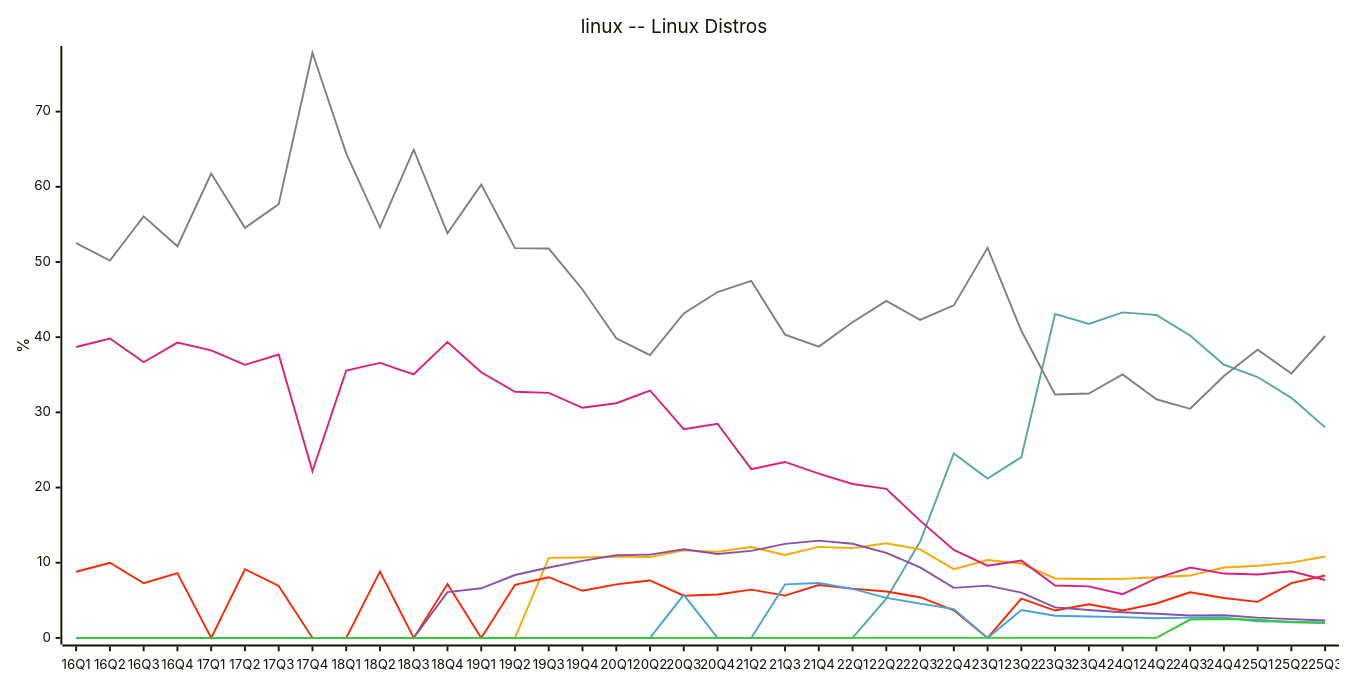
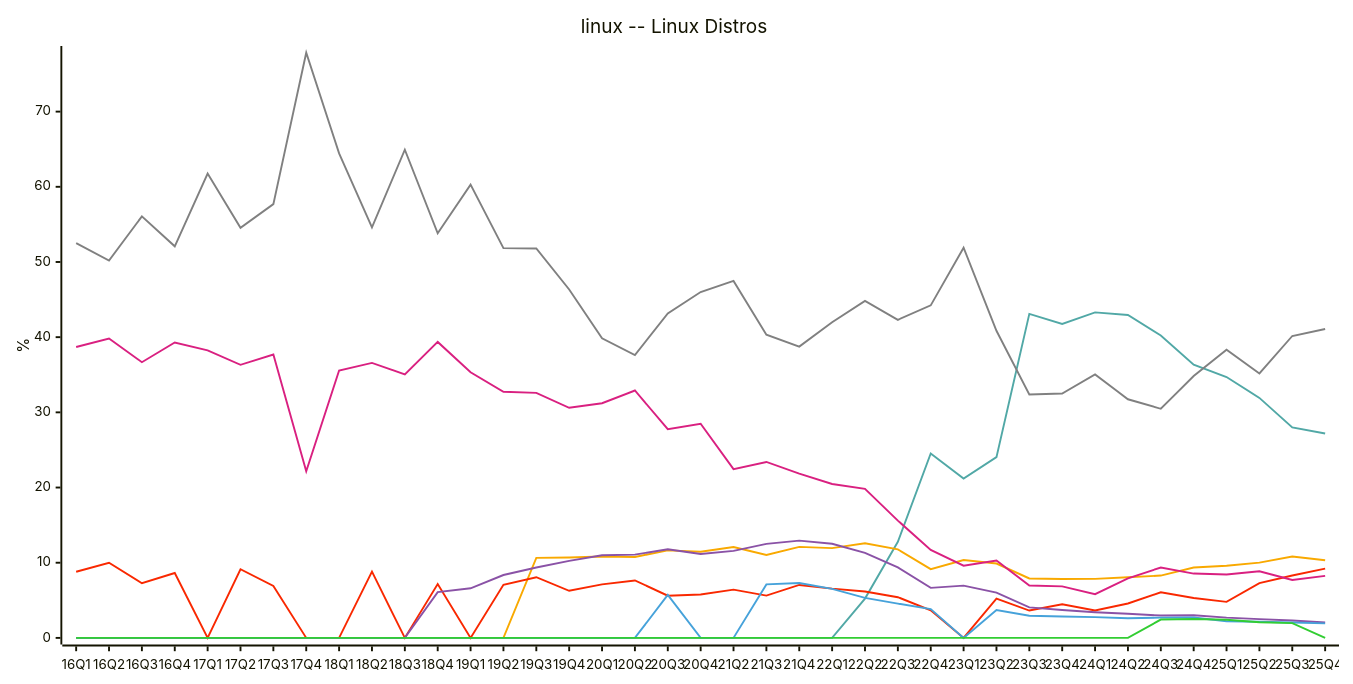
Before and after one commit to jdegene/steamHWsurvey: diagram 13 of 23 in README.md, drawn with Mermaid. The commit also changed other lines of this file and 2 other files, not shown here.

````diff
--- a/README.md
+++ b/README.md
@@ -421,26 +421,26 @@
 ```mermaid
 ---
 config:
     xyChart:
         width: 1400
         height: 700
         
     themeVariables:
         xyChart:
             plotColorPalette: "#51a8a6,#f9a900,#f92800,#d92080,#8a52a6,#46a2da,#32CD32,#808080"
 
 --- 
 
 xychart-beta
     title "linux -- Linux Distros"
-    x-axis [16Q1, 16Q2, 16Q3, 16Q4, 17Q1, 17Q2, 17Q3, 17Q4, 18Q1, 18Q2, 18Q3, 18Q4, 19Q1, 19Q2, 19Q3, 19Q4, 20Q1, 20Q2, 20Q3, 20Q4, 21Q2, 21Q3, 21Q4, 22Q1, 22Q2, 22Q3, 22Q4, 23Q1, 23Q2, 23Q3, 23Q4, 24Q1, 24Q2, 24Q3, 24Q4, 25Q1, 25Q2, 25Q3]
+    x-axis [16Q1, 16Q2, 16Q3, 16Q4, 17Q1, 17Q2, 17Q3, 17Q4, 18Q1, 18Q2, 18Q3, 18Q4, 19Q1, 19Q2, 19Q3, 19Q4, 20Q1, 20Q2, 20Q3, 20Q4, 21Q2, 21Q3, 21Q4, 22Q1, 22Q2, 22Q3, 22Q4, 23Q1, 23Q2, 23Q3, 23Q4, 24Q1, 24Q2, 24Q3, 24Q4, 25Q1, 25Q2, 25Q3, 25Q4]
     y-axis "%" 
-    line [0, 0, 0, 0, 0, 0, 0, 0, 0, 0, 0, 0, 0, 0, 0, 0, 0, 0, 0, 0, 0, 0, 0, 0, 5.2299999999999995, 12.776666666666667, 24.525, 21.2, 24.044999999999998, 43.096666666666664, 41.76, 43.29666666666667, 42.946666666666665, 40.216666666666676, 36.336666666666666, 34.69333333333333, 31.923333333333332, 28.000000000000004]
-    line [0, 0, 0, 0, 0, 0, 0, 0, 0, 0, 0, 0, 0, 0, 10.65, 10.703333333333333, 10.835, 10.756666666666666, 11.645, 11.46, 12.079999999999998, 11.023333333333333, 12.11, 11.940000000000001, 12.585, 11.776666666666667, 9.14, 10.36, 9.89, 7.903333333333333, 7.830000000000001, 7.856666666666667, 8.073333333333334, 8.29, 9.36, 9.596666666666666, 10.010000000000002, 10.83]
-    line [8.799999999999999, 10.0, 7.2666666666666675, 8.63, 0, 9.133333333333333, 6.909999999999999, 0, 0, 8.806666666666667, 0, 7.17, 0, 7.063333333333334, 8.07, 6.2700000000000005, 7.124999999999999, 7.6433333333333335, 5.609999999999999, 5.779999999999999, 6.420000000000001, 5.62, 7.04, 6.550000000000001, 6.165, 5.415, 3.6700000000000004, 0, 5.215, 3.6399999999999997, 4.475, 3.6533333333333333, 4.573333333333332, 6.073333333333333, 5.3, 4.796666666666667, 7.286666666666668, 8.293333333333335]
-    line [38.695, 39.82, 36.669999999999995, 39.28333333333334, 38.24, 36.31999999999999, 37.696666666666665, 22.163333333333334, 35.56666666666666, 36.57666666666666, 35.06, 39.36666666666667, 35.32666666666667, 32.733333333333334, 32.59666666666667, 30.606666666666666, 31.210000000000004, 32.906666666666666, 27.755000000000003, 28.485, 22.45, 23.4, 21.84, 20.47, 19.835, 15.6, 11.695, 9.610000000000001, 10.280000000000001, 6.959999999999999, 6.855, 5.8100000000000005, 7.923333333333334, 9.363333333333335, 8.556666666666667, 8.436666666666666, 8.866666666666667, 7.706666666666667]
-    line [0, 0, 0, 0, 0, 0, 0, 0, 0, 0, 0, 6.09, 6.595000000000001, 8.363333333333333, 9.370000000000001, 10.25, 10.985, 11.080000000000002, 11.795, 11.165, 11.58, 12.503333333333334, 12.94, 12.520000000000001, 11.32, 9.376666666666667, 6.659999999999999, 6.950000000000001, 6.0200000000000005, 4.0633333333333335, 3.7150000000000003, 3.416666666666667, 3.2133333333333334, 2.9733333333333336, 3.0166666666666666, 2.6950000000000003, 2.5, 2.31]
-    line [0, 0, 0, 0, 0, 0, 0, 0, 0, 0, 0, 0, 0, 0, 0, 0, 0, 0, 5.72, 0, 0, 7.116666666666667, 7.31, 6.52, 5.319999999999999, 4.556666666666667, 3.83, 0, 3.695, 2.9499999999999997, 2.855, 2.76, 2.61, 2.6950000000000003, 2.7066666666666666, 2.21, 2.1533333333333333, 2.0500000000000003]
-    line [0, 0, 0, 0, 0, 0, 0, 0, 0, 0, 0, 0, 0, 0, 0, 0, 0, 0, 0, 0, 0, 0, 0, 0, 0, 0, 0, 0, 0, 0, 0, 0, 0, 2.44, 2.52, 2.41, 2.08, 1.96]
-    line [52.505, 50.18, 56.06666666666666, 52.083333333333336, 61.760000000000005, 54.55, 57.699999999999996, 77.83666666666666, 64.44333333333333, 54.61666666666667, 64.93666666666667, 53.81999999999999, 60.28333333333333, 51.84000000000001, 51.790000000000006, 46.34666666666667, 39.839999999999996, 37.61666666666667, 43.145, 46.005, 47.48, 40.336666666666666, 38.75, 41.99, 44.82, 42.30666666666667, 44.23, 51.89, 40.849999999999994, 32.37, 32.51, 35.04666666666667, 31.739999999999995, 30.473333333333336, 34.83, 38.33333333333333, 35.17333333333334, 40.156666666666666]
+    line [0, 0, 0, 0, 0, 0, 0, 0, 0, 0, 0, 0, 0, 0, 0, 0, 0, 0, 0, 0, 0, 0, 0, 0, 5.2299999999999995, 12.776666666666667, 24.525, 21.2, 24.044999999999998, 43.096666666666664, 41.76, 43.29666666666667, 42.946666666666665, 40.216666666666676, 36.336666666666666, 34.69333333333333, 31.923333333333332, 28.000000000000004, 27.18]
+    line [0, 0, 0, 0, 0, 0, 0, 0, 0, 0, 0, 0, 0, 0, 10.65, 10.703333333333333, 10.835, 10.756666666666666, 11.645, 11.46, 12.079999999999998, 11.023333333333333, 12.11, 11.940000000000001, 12.585, 11.776666666666667, 9.14, 10.36, 9.89, 7.903333333333333, 7.830000000000001, 7.856666666666667, 8.073333333333334, 8.29, 9.36, 9.596666666666666, 10.010000000000002, 10.83, 10.32]
+    line [8.799999999999999, 10.0, 7.2666666666666675, 8.63, 0, 9.133333333333333, 6.909999999999999, 0, 0, 8.806666666666667, 0, 7.17, 0, 7.063333333333334, 8.07, 6.2700000000000005, 7.124999999999999, 7.6433333333333335, 5.609999999999999, 5.779999999999999, 6.420000000000001, 5.62, 7.04, 6.550000000000001, 6.165, 5.415, 3.6700000000000004, 0, 5.215, 3.6399999999999997, 4.475, 3.6533333333333333, 4.573333333333332, 6.073333333333333, 5.3, 4.796666666666667, 7.286666666666668, 8.293333333333335, 9.21]
+    line [38.695, 39.82, 36.669999999999995, 39.28333333333334, 38.24, 36.31999999999999, 37.696666666666665, 22.163333333333334, 35.56666666666666, 36.57666666666666, 35.06, 39.36666666666667, 35.32666666666667, 32.733333333333334, 32.59666666666667, 30.606666666666666, 31.210000000000004, 32.906666666666666, 27.755000000000003, 28.485, 22.45, 23.4, 21.84, 20.47, 19.835, 15.6, 11.695, 9.610000000000001, 10.280000000000001, 6.959999999999999, 6.855, 5.8100000000000005, 7.923333333333334, 9.363333333333335, 8.556666666666667, 8.436666666666666, 8.866666666666667, 7.706666666666667, 8.249999999999998]
+    line [0, 0, 0, 0, 0, 0, 0, 0, 0, 0, 0, 6.09, 6.595000000000001, 8.363333333333333, 9.370000000000001, 10.25, 10.985, 11.080000000000002, 11.795, 11.165, 11.58, 12.503333333333334, 12.94, 12.520000000000001, 11.32, 9.376666666666667, 6.659999999999999, 6.950000000000001, 6.0200000000000005, 4.0633333333333335, 3.7150000000000003, 3.416666666666667, 3.2133333333333334, 2.9733333333333336, 3.0166666666666666, 2.6950000000000003, 2.5, 2.31, 2.04]
+    line [0, 0, 0, 0, 0, 0, 0, 0, 0, 0, 0, 0, 0, 0, 0, 0, 0, 0, 5.72, 0, 0, 7.116666666666667, 7.31, 6.52, 5.319999999999999, 4.556666666666667, 3.83, 0, 3.695, 2.9499999999999997, 2.855, 2.76, 2.61, 2.6950000000000003, 2.7066666666666666, 2.21, 2.1533333333333333, 2.0500000000000003, 1.9300000000000002]
+    line [0, 0, 0, 0, 0, 0, 0, 0, 0, 0, 0, 0, 0, 0, 0, 0, 0, 0, 0, 0, 0, 0, 0, 0, 0, 0, 0, 0, 0, 0, 0, 0, 0, 2.44, 2.52, 2.41, 2.08, 1.96, 0]
+    line [52.505, 50.18, 56.06666666666666, 52.083333333333336, 61.760000000000005, 54.55, 57.699999999999996, 77.83666666666666, 64.44333333333333, 54.61666666666667, 64.93666666666667, 53.81999999999999, 60.28333333333333, 51.84000000000001, 51.790000000000006, 46.34666666666667, 39.839999999999996, 37.61666666666667, 43.145, 46.005, 47.48, 40.336666666666666, 38.75, 41.99, 44.82, 42.30666666666667, 44.23, 51.89, 40.849999999999994, 32.37, 32.51, 35.04666666666667, 31.739999999999995, 30.473333333333336, 34.83, 38.33333333333333, 35.17333333333334, 40.156666666666666, 41.08]
 ``` 
````
